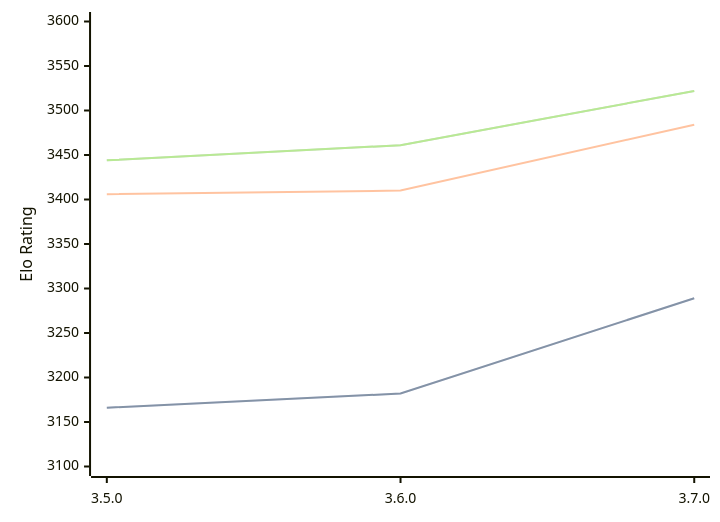
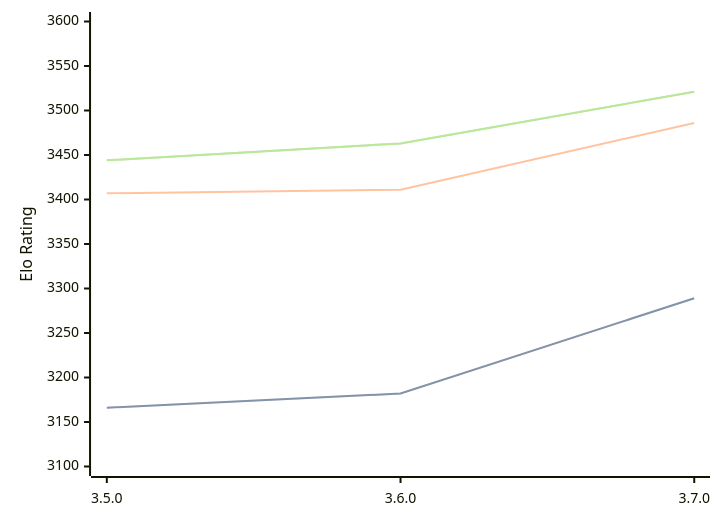
One commit to computer-chess-index/cci changed the diagram in engines/Igel.md. Above: the diagram before and after it, drawn with Mermaid. The commit also changed other lines of this file, not shown here.

Commit message:
Update CCI Ratings (ELO VLTC) - 2026-09-08

````diff
--- a/engines/Igel.md
+++ b/engines/Igel.md
@@ -33,11 +33,11 @@
 ```mermaid
 %%{init: {"theme":"base","themeVariables":{"seriesColors:['#a3a3a3','#222221','#faa371']}}}%%
 xychart-beta
   x-axis ["3.5.0", "3.6.0", "3.7.0"]
   y-axis "Elo Rating" 3100 --> 3600
   line "" [3166, 3182, 3289]
   line "STC (8.0+0.08s)" [3166, 3182, 3289]
-  line "LTC (60.0+0.60s)" [3406, 3410, 3484]
-  line "" [3444, 3461, 3522]
-  line "VLTC (2m24s+1.12s)" [3444, 3461, 3522]
+  line "LTC (60.0+0.60s)" [3407, 3411, 3486]
+  line "" [3444, 3463, 3521]
+  line "VLTC (2m24s+1.12s)" [3444, 3463, 3521]
 ```
````
